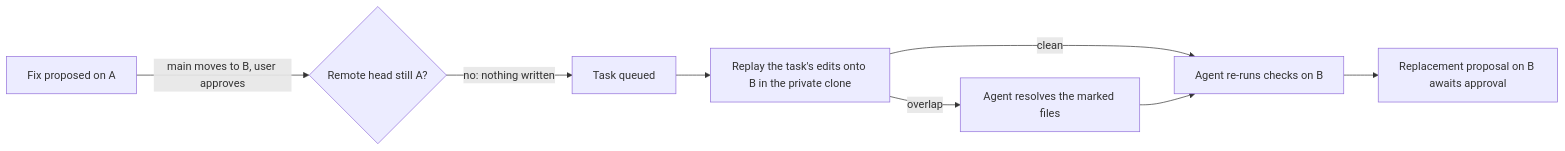
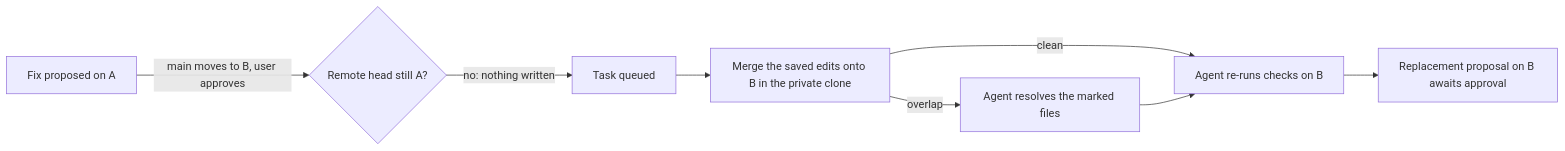
One commit to Dodecahedr0x/me-myself-ai changed the diagram in docs/specs/task-execution.md. Above: the diagram before and after it, drawn with Mermaid. The commit also changed other lines of this file and 6 other files, not shown here.

````diff
--- a/docs/specs/task-execution.md
+++ b/docs/specs/task-execution.md
@@ -76,10 +76,10 @@
 ```mermaid
 flowchart LR
     Prepared[Fix proposed on A] -->|main moves to B, user approves| Check{Remote head still A?}
     Check -->|no: nothing written| Queued[Task queued]
-    Queued --> Refresh[Replay the task's edits onto B in the private clone]
+    Queued --> Refresh[Merge the saved edits onto B in the private clone]
     Refresh -->|clean| Agent[Agent re-runs checks on B]
     Refresh -->|overlap| Resolve[Agent resolves the marked files]
     Resolve --> Agent
     Agent --> Fresh[Replacement proposal on B awaits approval]
 ```
````
